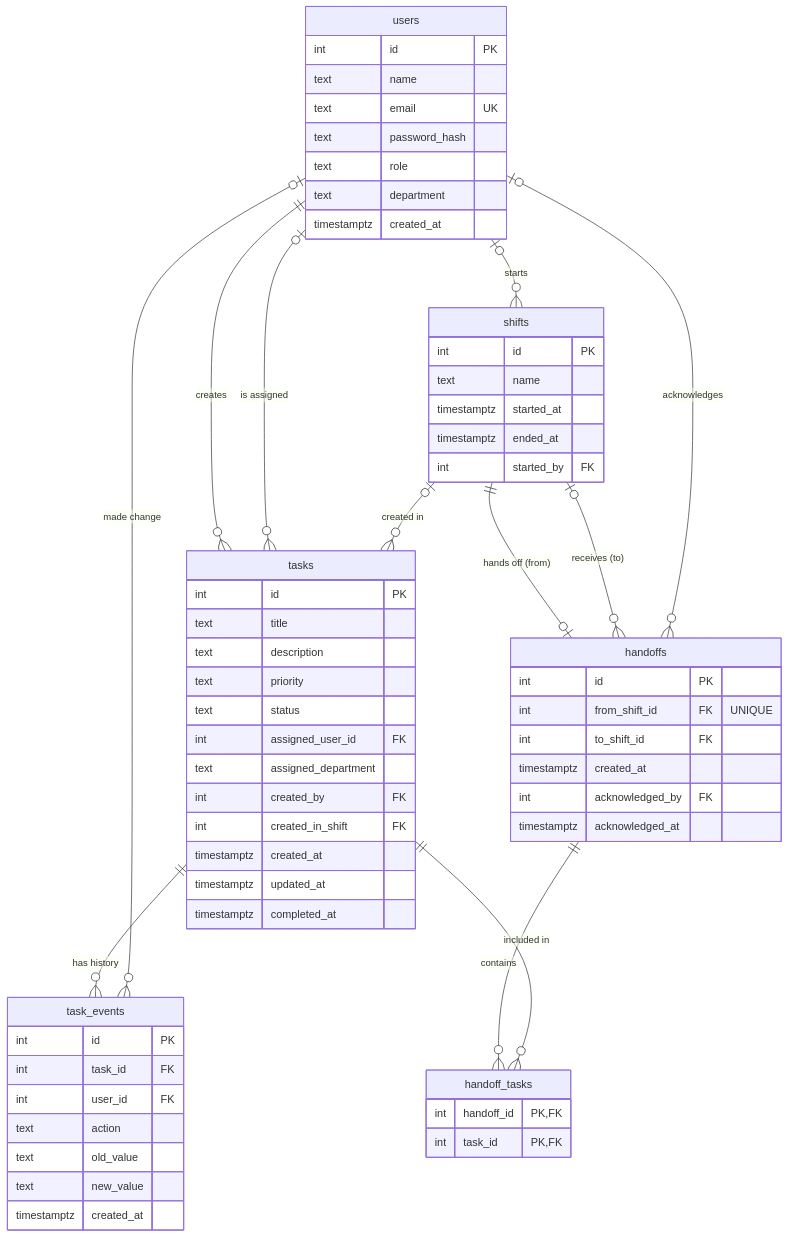
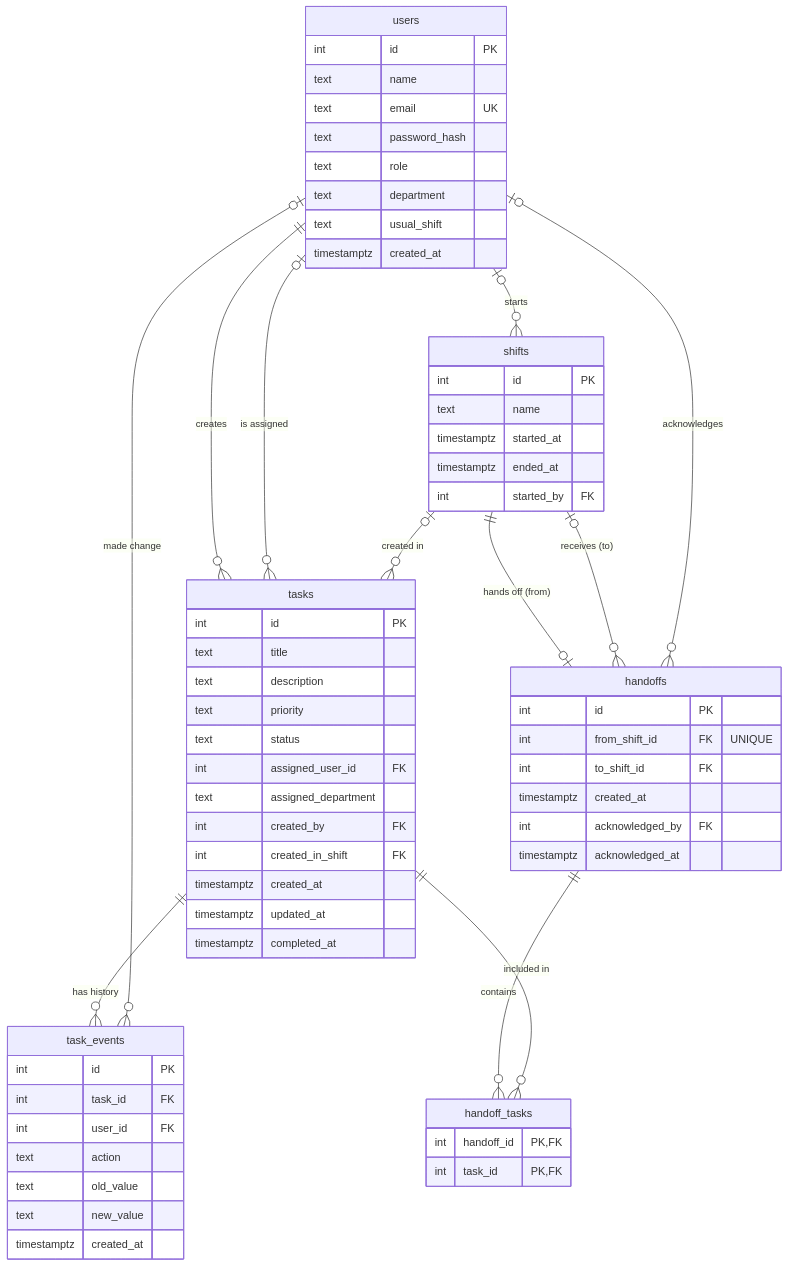
Before and after one commit to garvin-patel/shift-handoff-task-tracker: the diagram in database/README.md, drawn with Mermaid. The commit also changed other lines of this file and 27 other files, not shown here.

````diff
--- a/database/README.md
+++ b/database/README.md
@@ -18,66 +18,67 @@
 ```mermaid
 erDiagram
     users {
         int id PK
         text name
         text email UK
         text password_hash
         text role
         text department
+        text usual_shift
         timestamptz created_at
     }
     shifts {
         int id PK
         text name
         timestamptz started_at
         timestamptz ended_at
         int started_by FK
     }
     tasks {
         int id PK
         text title
         text description
         text priority
         text status
         int assigned_user_id FK
         text assigned_department
         int created_by FK
         int created_in_shift FK
         timestamptz created_at
         timestamptz updated_at
         timestamptz completed_at
     }
     task_events {
         int id PK
         int task_id FK
         int user_id FK
         text action
         text old_value
         text new_value
         timestamptz created_at
     }
     handoffs {
         int id PK
         int from_shift_id FK "UNIQUE"
         int to_shift_id FK
         timestamptz created_at
         int acknowledged_by FK
         timestamptz acknowledged_at
     }
     handoff_tasks {
         int handoff_id PK, FK
         int task_id PK, FK
     }
 
     users  |o--o{ shifts        : "starts"
     users  ||--o{ tasks         : "creates"
     users  |o--o{ tasks         : "is assigned"
     shifts |o--o{ tasks         : "created in"
     tasks  ||--o{ task_events   : "has history"
     users  |o--o{ task_events   : "made change"
     shifts ||--o| handoffs      : "hands off (from)"
     shifts |o--o{ handoffs      : "receives (to)"
     users  |o--o{ handoffs      : "acknowledges"
     handoffs ||--o{ handoff_tasks : "contains"
     tasks    ||--o{ handoff_tasks : "included in"
 ```
````
